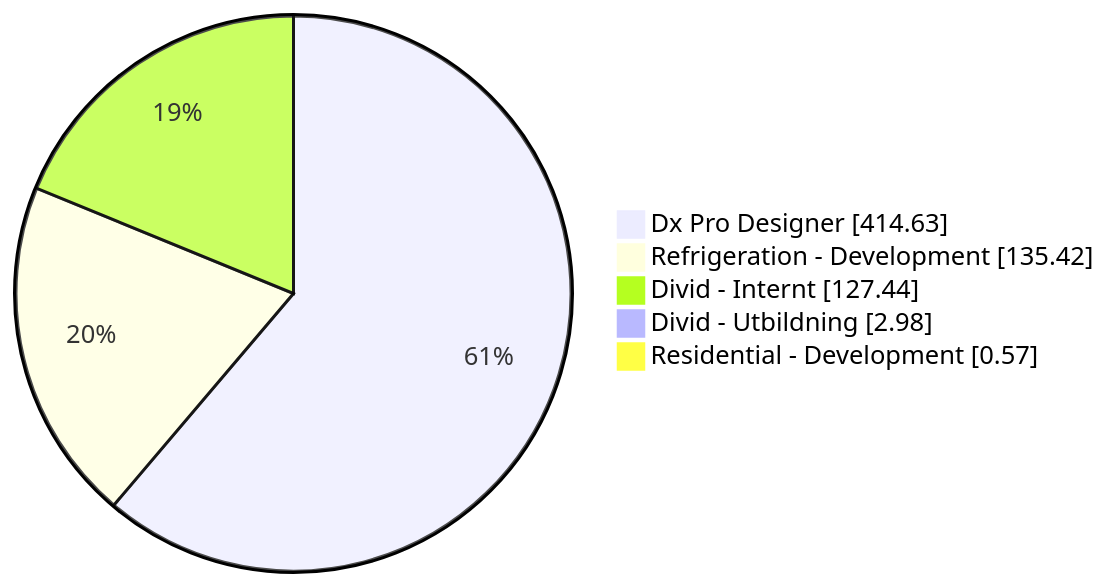
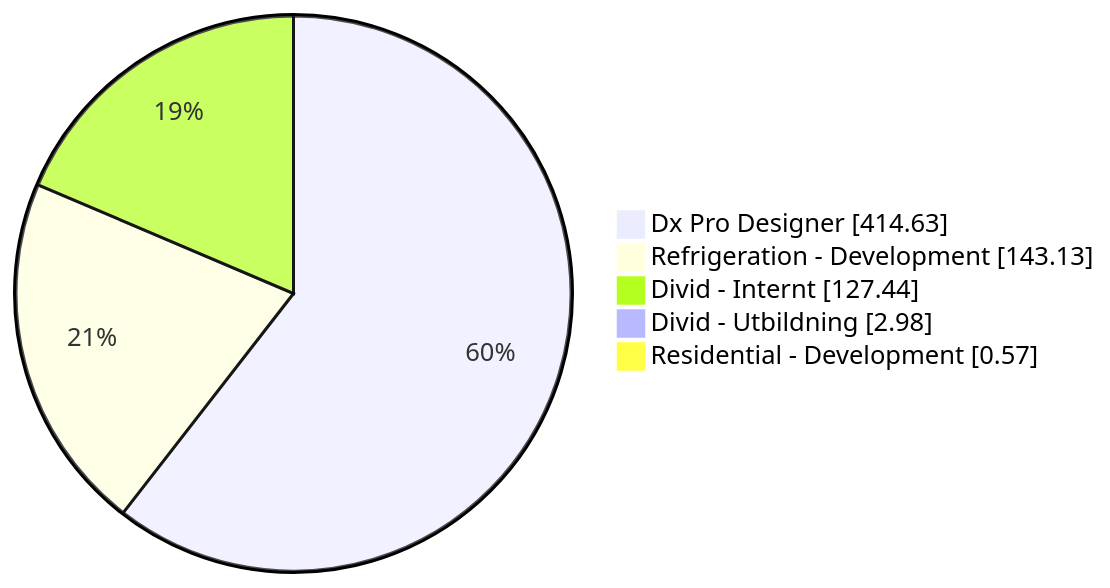
Before and after one commit to albinforsberg-netizen/timeclock: the first of 5 diagrams in README.org, drawn with Mermaid. The commit also changed other lines of this file, not shown here.

```diff
--- a/README.org
+++ b/README.org
@@ -32,8 +32,8 @@
 #+begin_src mermaid
 pie showData
     "Dx Pro Designer" : 414.63
-    "Refrigeration - Development" : 135.42
+    "Refrigeration - Development" : 143.13
     "Divid - Internt" : 127.44
     "Divid - Utbildning" : 2.98
     "Residential - Development" : 0.57
 #+end_src
```
